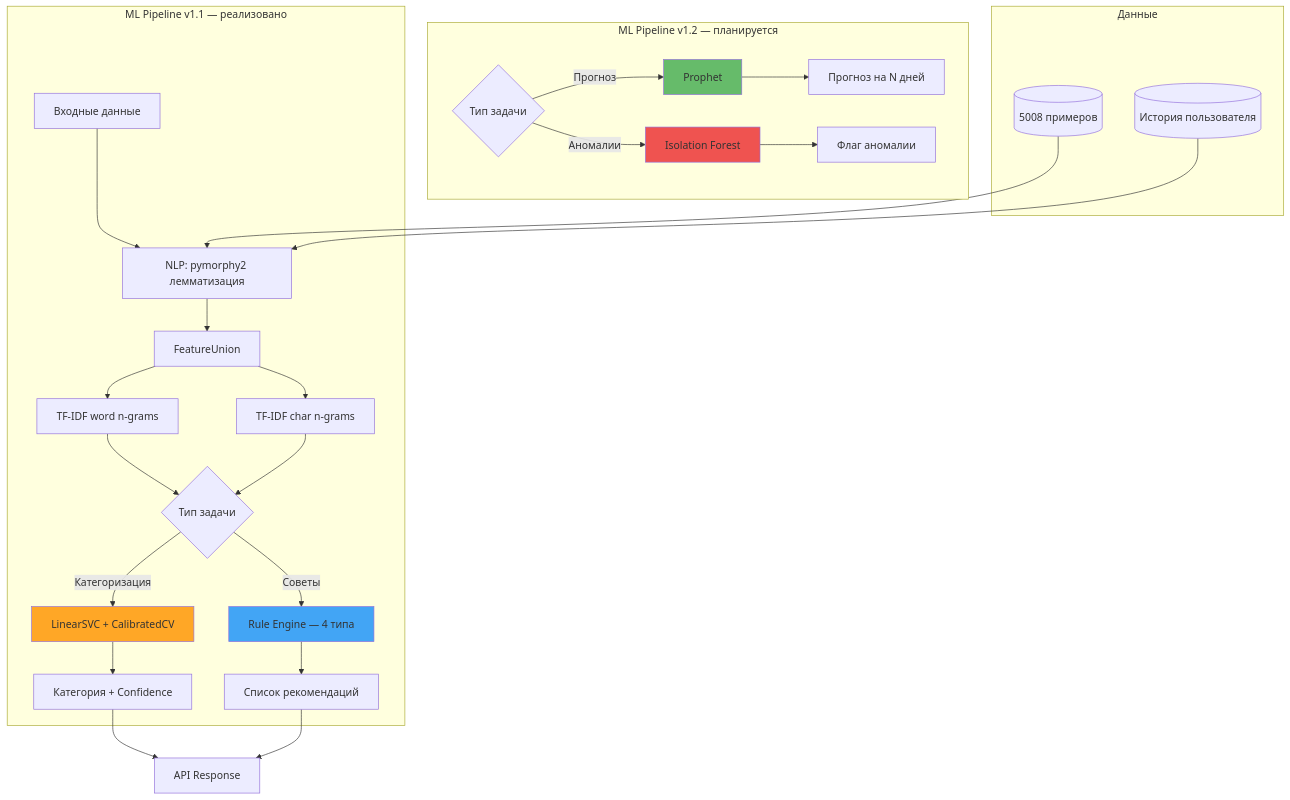
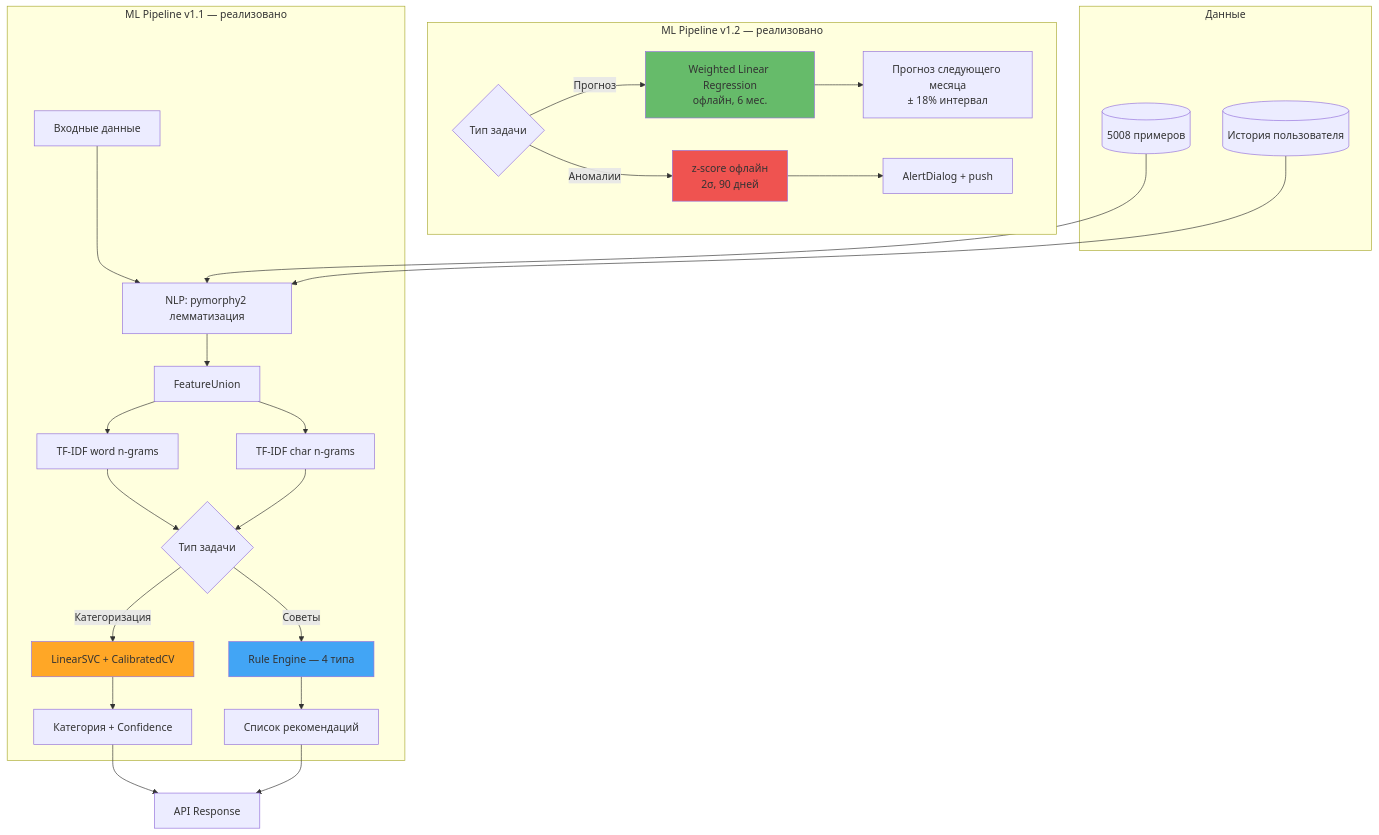
The seventh of 14 diagrams in README.md (LiebeBleck/FinWise_v2), drawn with Mermaid before and after one commit. The commit also changed other lines of this file, not shown here.

````diff
--- a/README.md
+++ b/README.md
@@ -418,38 +419,38 @@
 ```mermaid
 graph TB
     subgraph "ML Pipeline v1.1 — реализовано"
         A[Входные данные] --> P[NLP: pymorphy2 лемматизация]
         P --> B[FeatureUnion]
         B --> B1[TF-IDF word n-grams]
         B --> B2[TF-IDF char n-grams]
         B1 --> C{Тип задачи}
         B2 --> C
 
         C -->|Категоризация| D[LinearSVC + CalibratedCV]
         C -->|Советы| G[Rule Engine — 4 типа]
 
         D --> H[Категория + Confidence]
         G --> K[Список рекомендаций]
     end
 
-    subgraph "ML Pipeline v1.2 — планируется"
+    subgraph "ML Pipeline v1.2 — реализовано"
         C2{Тип задачи}
-        C2 -->|Прогноз| E[Prophet]
-        C2 -->|Аномалии| F[Isolation Forest]
-        E --> I[Прогноз на N дней]
-        F --> J[Флаг аномалии]
+        C2 -->|Прогноз| E[Weighted Linear Regression<br/>офлайн, 6 мес.]
+        C2 -->|Аномалии| F[z-score офлайн<br/>2σ, 90 дней]
+        E --> I[Прогноз следующего месяца<br/>± 18% интервал]
+        F --> J[AlertDialog + push]
     end
 
     subgraph "Данные"
         L[(5008 примеров)] --> P
         M[(История пользователя)] --> P
     end
 
     H --> N[API Response]
     K --> N
 
     style D fill:#FFA726
     style G fill:#42A5F5
     style E fill:#66BB6A
     style F fill:#EF5350
 ```
````
